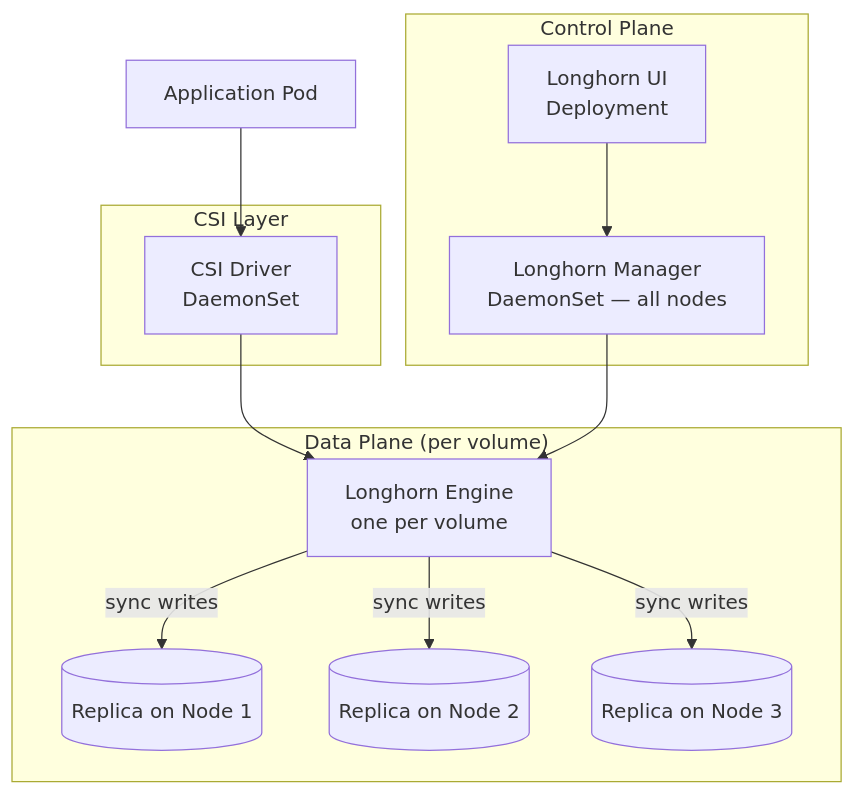
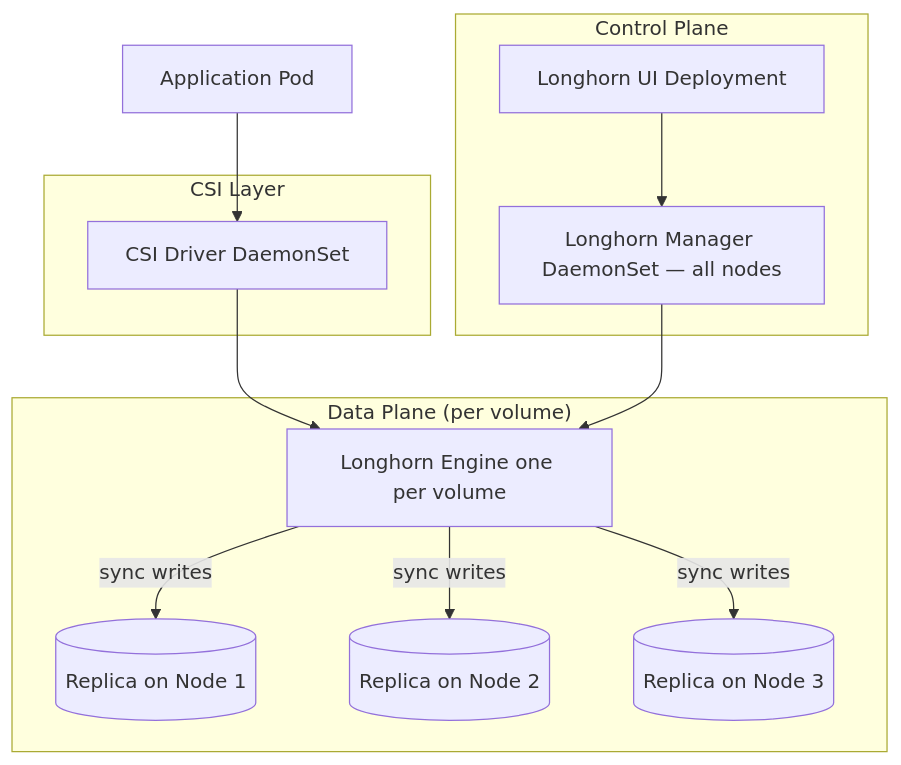
Before and after one commit to UncleJS/course_k3s: the second of 4 diagrams in 05_storage/03_longhorn_setup.md, drawn with Mermaid. The commit also changed other lines of this file and 57 other files, not shown here.

````diff
--- a/05_storage/03_longhorn_setup.md
+++ b/05_storage/03_longhorn_setup.md
@@ -64,23 +64,23 @@
 ```mermaid
 flowchart TD
     subgraph "Control Plane"
-        LMG[Longhorn Manager\nDaemonSet — all nodes]
-        LUI[Longhorn UI\nDeployment]
+        LMG[Longhorn Manager DaemonSet — all nodes]
+        LUI[Longhorn UI Deployment]
         LUI --> LMG
     end
 
     subgraph "Data Plane (per volume)"
-        ENG[Longhorn Engine\none per volume]
+        ENG[Longhorn Engine one per volume]
         ENG -->|"sync writes"| R1[(Replica on Node 1)]
         ENG -->|"sync writes"| R2[(Replica on Node 2)]
         ENG -->|"sync writes"| R3[(Replica on Node 3)]
     end
 
     subgraph "CSI Layer"
-        CSI[CSI Driver\nDaemonSet]
+        CSI[CSI Driver DaemonSet]
     end
 
     POD[Application Pod] --> CSI
     CSI --> ENG
     LMG --> ENG
 ```
````
